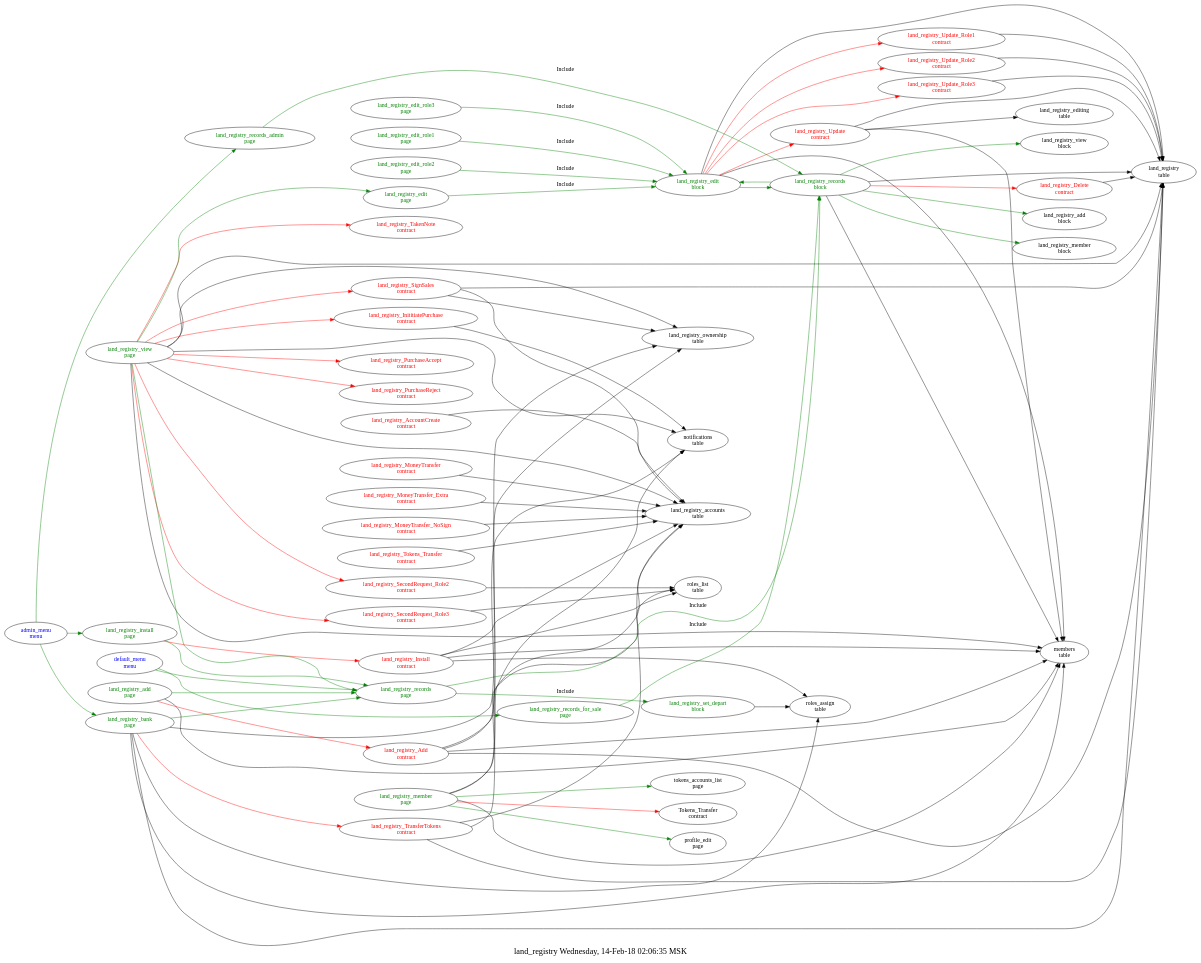
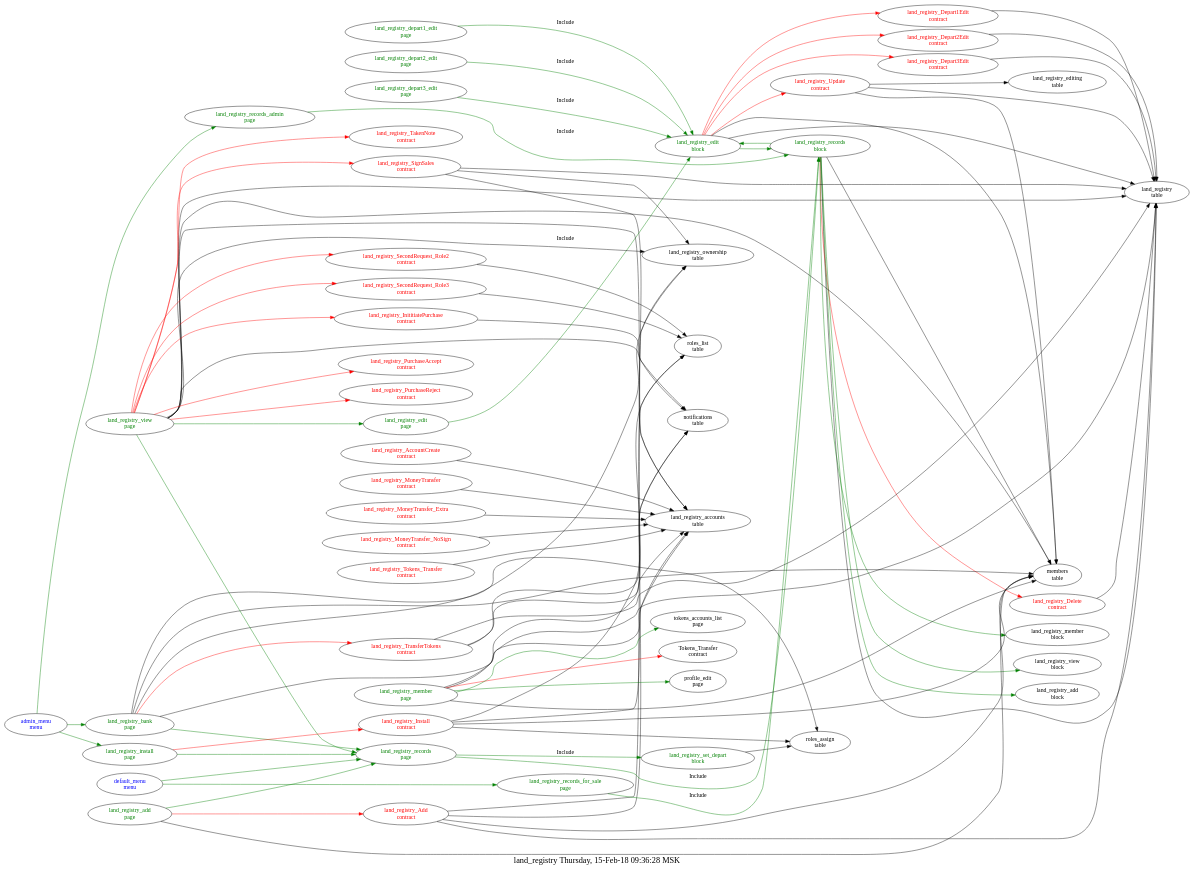
Before and after one commit to AplaProject/apps: the diagram in src/land_registry/struct.dot, drawn with Graphviz. The commit also changed 21 other files, not shown here.

```diff
--- a/src/land_registry/struct.dot
+++ b/src/land_registry/struct.dot
@@ -1,130 +1,130 @@
 digraph G {
 fontsize="20.0";
-label="land_registry Wednesday, 14-Feb-18 02:06:35 MSK";
+label="land_registry Thursday, 15-Feb-18 09:36:28 MSK";
 rankdir=LR;
-"land_registry_edit\nblock" -> "land_registry_Update_Role1\ncontract"  [ color=red ]
-"land_registry_edit\nblock" -> "land_registry_Update_Role2\ncontract"  [ color=red ]
-"land_registry_edit\nblock" -> "land_registry_Update_Role3\ncontract"  [ color=red ]
+"land_registry_edit\nblock" -> "land_registry_Depart1Edit\ncontract"  [ color=red ]
+"land_registry_edit\nblock" -> "land_registry_Depart2Edit\ncontract"  [ color=red ]
+"land_registry_edit\nblock" -> "land_registry_Depart3Edit\ncontract"  [ color=red ]
 "land_registry_edit\nblock" -> "land_registry_Update\ncontract"  [ color=red ]
 "land_registry_edit\nblock" -> "land_registry\ntable"
 "land_registry_edit\nblock" -> "members\ntable"
 "land_registry_edit\nblock" -> "land_registry_records\nblock"  [ color=green ]
 "land_registry_edit\nblock" [fontcolor=green, group=blocks];
 "land_registry_records\nblock" -> "land_registry_Delete\ncontract"  [ color=red ]
 "land_registry_records\nblock" -> "land_registry\ntable"
 "land_registry_records\nblock" -> "members\ntable"
 "land_registry_records\nblock" -> "land_registry_member\nblock"  [ color=green ]
 "land_registry_records\nblock" -> "land_registry_view\nblock"  [ color=green ]
 "land_registry_records\nblock" -> "land_registry_edit\nblock"  [ color=green ]
 "land_registry_records\nblock" -> "land_registry_add\nblock"  [ color=green ]
 "land_registry_records\nblock" [fontcolor=green, group=blocks];
 "land_registry_set_depart\nblock" -> "roles_assign\ntable"
 "land_registry_set_depart\nblock" [fontcolor=green, group=blocks];
 "land_registry_AccountCreate\ncontract" -> "land_registry_accounts\ntable"
 "land_registry_AccountCreate\ncontract" [fontcolor=red, group=contracts];
 "land_registry_Add\ncontract" -> "members\ntable"
 "land_registry_Add\ncontract" -> "roles_list\ntable"
 "land_registry_Add\ncontract" -> "land_registry\ntable"
 "land_registry_Add\ncontract" -> "land_registry_ownership\ntable"
 "land_registry_Add\ncontract" [fontcolor=red, group=contracts];
 "land_registry_Delete\ncontract" -> "land_registry\ntable"
 "land_registry_Delete\ncontract" [fontcolor=red, group=contracts];
+"land_registry_Depart1Edit\ncontract" -> "land_registry\ntable"
+"land_registry_Depart1Edit\ncontract" [fontcolor=red, group=contracts];
+"land_registry_Depart2Edit\ncontract" -> "land_registry\ntable"
+"land_registry_Depart2Edit\ncontract" [fontcolor=red, group=contracts];
+"land_registry_Depart3Edit\ncontract" -> "land_registry\ntable"
+"land_registry_Depart3Edit\ncontract" [fontcolor=red, group=contracts];
 "land_registry_InititiatePurchase\ncontract" -> "notifications\ntable"
 "land_registry_InititiatePurchase\ncontract" [fontcolor=red, group=contracts];
 "land_registry_Install\ncontract" -> "members\ntable"
 "land_registry_Install\ncontract" -> "land_registry_accounts\ntable"
 "land_registry_Install\ncontract" -> "roles_list\ntable"
 "land_registry_Install\ncontract" -> "roles_assign\ntable"
 "land_registry_Install\ncontract" [fontcolor=red, group=contracts];
 "land_registry_MoneyTransfer\ncontract" -> "land_registry_accounts\ntable"
 "land_registry_MoneyTransfer\ncontract" [fontcolor=red, group=contracts];
 "land_registry_MoneyTransfer_Extra\ncontract" -> "land_registry_accounts\ntable"
 "land_registry_MoneyTransfer_Extra\ncontract" [fontcolor=red, group=contracts];
 "land_registry_MoneyTransfer_NoSign\ncontract" -> "land_registry_accounts\ntable"
 "land_registry_MoneyTransfer_NoSign\ncontract" [fontcolor=red, group=contracts];
 "land_registry_PurchaseAccept\ncontract" [fontcolor=red, group=contracts];
 "land_registry_PurchaseReject\ncontract" [fontcolor=red, group=contracts];
 "land_registry_SecondRequest_Role2\ncontract" -> "roles_list\ntable"
 "land_registry_SecondRequest_Role2\ncontract" [fontcolor=red, group=contracts];
 "land_registry_SecondRequest_Role3\ncontract" -> "roles_list\ntable"
 "land_registry_SecondRequest_Role3\ncontract" [fontcolor=red, group=contracts];
 "land_registry_SignSales\ncontract" -> "land_registry_ownership\ntable"
 "land_registry_SignSales\ncontract" -> "land_registry\ntable"
 "land_registry_SignSales\ncontract" -> "land_registry_accounts\ntable"
 "land_registry_SignSales\ncontract" [fontcolor=red, group=contracts];
 "land_registry_TakenNote\ncontract" [fontcolor=red, group=contracts];
 "land_registry_Tokens_Transfer\ncontract" -> "land_registry_accounts\ntable"
 "land_registry_Tokens_Transfer\ncontract" [fontcolor=red, group=contracts];
 "land_registry_TransferTokens\ncontract" -> "notifications\ntable"
 "land_registry_TransferTokens\ncontract" -> "land_registry\ntable"
 "land_registry_TransferTokens\ncontract" -> "land_registry_accounts\ntable"
 "land_registry_TransferTokens\ncontract" [fontcolor=red, group=contracts];
 "land_registry_Update\ncontract" -> "land_registry\ntable"
 "land_registry_Update\ncontract" -> "members\ntable"
 "land_registry_Update\ncontract" -> "land_registry_editing\ntable"
 "land_registry_Update\ncontract" [fontcolor=red, group=contracts];
-"land_registry_Update_Role1\ncontract" -> "land_registry\ntable"
-"land_registry_Update_Role1\ncontract" [fontcolor=red, group=contracts];
-"land_registry_Update_Role2\ncontract" -> "land_registry\ntable"
-"land_registry_Update_Role2\ncontract" [fontcolor=red, group=contracts];
-"land_registry_Update_Role3\ncontract" -> "land_registry\ntable"
-"land_registry_Update_Role3\ncontract" [fontcolor=red, group=contracts];
 "admin_menu\nmenu" -> "land_registry_records_admin\npage"  [ color=green ]
 "admin_menu\nmenu" -> "land_registry_bank\npage"  [ color=green ]
 "admin_menu\nmenu" -> "land_registry_install\npage"  [ color=green ]
 "admin_menu\nmenu" [fontcolor=blue, group=menus];
 "default_menu\nmenu" -> "land_registry_records\npage"  [ color=green ]
 "default_menu\nmenu" -> "land_registry_records_for_sale\npage"  [ color=green ]
 "default_menu\nmenu" [fontcolor=blue, group=menus];
 "land_registry_add\npage" -> "land_registry_Add\ncontract"  [ color=red ]
 "land_registry_add\npage" -> "members\ntable"
 "land_registry_add\npage" -> "land_registry_records\npage"  [ color=green ]
 "land_registry_add\npage" [fontcolor=green, group=pages];
 "land_registry_bank\npage" -> "land_registry_TransferTokens\ncontract"  [ color=red ]
 "land_registry_bank\npage" -> "land_registry_ownership\ntable"
 "land_registry_bank\npage" -> "land_registry\ntable"
 "land_registry_bank\npage" -> "roles_assign\ntable"
 "land_registry_bank\npage" -> "members\ntable"
 "land_registry_bank\npage" -> "land_registry_records\npage"  [ color=green ]
 "land_registry_bank\npage" [fontcolor=green, group=pages];
+"land_registry_depart1_edit\npage" -> "land_registry_edit\nblock"  [ color=green, label=Include ]
+"land_registry_depart1_edit\npage" [fontcolor=green, group=pages];
+"land_registry_depart2_edit\npage" -> "land_registry_edit\nblock"  [ color=green, label=Include ]
+"land_registry_depart2_edit\npage" [fontcolor=green, group=pages];
+"land_registry_depart3_edit\npage" -> "land_registry_edit\nblock"  [ color=green, label=Include ]
+"land_registry_depart3_edit\npage" [fontcolor=green, group=pages];
 "land_registry_edit\npage" -> "land_registry_edit\nblock"  [ color=green, label=Include ]
 "land_registry_edit\npage" [fontcolor=green, group=pages];
-"land_registry_edit_role1\npage" -> "land_registry_edit\nblock"  [ color=green, label=Include ]
-"land_registry_edit_role1\npage" [fontcolor=green, group=pages];
-"land_registry_edit_role2\npage" -> "land_registry_edit\nblock"  [ color=green, label=Include ]
-"land_registry_edit_role2\npage" [fontcolor=green, group=pages];
-"land_registry_edit_role3\npage" -> "land_registry_edit\nblock"  [ color=green, label=Include ]
-"land_registry_edit_role3\npage" [fontcolor=green, group=pages];
 "land_registry_install\npage" -> "land_registry_Install\ncontract"  [ color=red ]
 "land_registry_install\npage" -> "land_registry_records\npage"  [ color=green ]
 "land_registry_install\npage" [fontcolor=green, group=pages];
 "land_registry_member\npage" -> "Tokens_Transfer\ncontract"  [ color=red ]
 "land_registry_member\npage" -> "members\ntable"
 "land_registry_member\npage" -> "notifications\ntable"
 "land_registry_member\npage" -> "land_registry_accounts\ntable"
 "land_registry_member\npage" -> "profile_edit\npage"  [ color=green ]
 "land_registry_member\npage" -> "tokens_accounts_list\npage"  [ color=green ]
 "land_registry_member\npage" [fontcolor=green, group=pages];
 "land_registry_records\npage" -> "land_registry_set_depart\nblock"  [ color=green, label=Include ]
 "land_registry_records\npage" -> "land_registry_records\nblock"  [ color=green, label=Include ]
 "land_registry_records\npage" [fontcolor=green, group=pages];
 "land_registry_records_admin\npage" -> "land_registry_records\nblock"  [ color=green, label=Include ]
 "land_registry_records_admin\npage" [fontcolor=green, group=pages];
 "land_registry_records_for_sale\npage" -> "land_registry_records\nblock"  [ color=green, label=Include ]
 "land_registry_records_for_sale\npage" [fontcolor=green, group=pages];
 "land_registry_view\npage" -> "land_registry_SecondRequest_Role2\ncontract"  [ color=red ]
 "land_registry_view\npage" -> "land_registry_SecondRequest_Role3\ncontract"  [ color=red ]
 "land_registry_view\npage" -> "land_registry_InititiatePurchase\ncontract"  [ color=red ]
 "land_registry_view\npage" -> "land_registry_PurchaseReject\ncontract"  [ color=red ]
 "land_registry_view\npage" -> "land_registry_PurchaseAccept\ncontract"  [ color=red ]
 "land_registry_view\npage" -> "land_registry_SignSales\ncontract"  [ color=red ]
 "land_registry_view\npage" -> "land_registry_TakenNote\ncontract"  [ color=red ]
 "land_registry_view\npage" -> "land_registry\ntable"
 "land_registry_view\npage" -> "land_registry_ownership\ntable"
 "land_registry_view\npage" -> "members\ntable"
 "land_registry_view\npage" -> "notifications\ntable"
 "land_registry_view\npage" -> "land_registry_accounts\ntable"
 "land_registry_view\npage" -> "land_registry_records\npage"  [ color=green ]
 "land_registry_view\npage" -> "land_registry_edit\npage"  [ color=green ]
 "land_registry_view\npage" [fontcolor=green, group=pages];
 }
```
